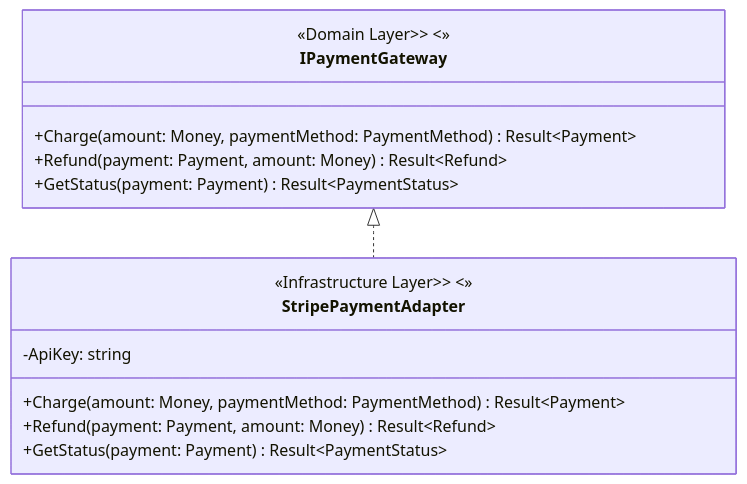
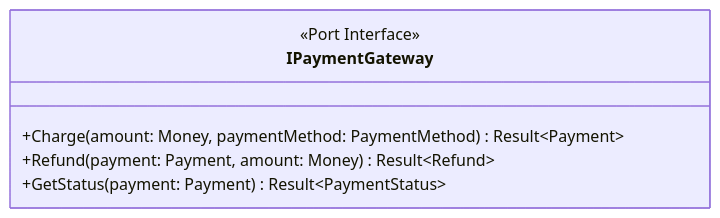
Before and after one commit to kbjorklid/ddd-cc-marketplace: the second of 21 diagrams in plugins/ddd/skills/ddd-domain-design/guides/ports.md, drawn with Mermaid. The commit also changed other lines of this file and 24 other files, not shown here.

````diff
--- a/plugins/ddd/skills/ddd-domain-design/guides/ports.md
+++ b/plugins/ddd/skills/ddd-domain-design/guides/ports.md
@@ -118,19 +90,11 @@
 ```mermaid
 classDiagram
     class IPaymentGateway {
-        <<Domain Layer>> <<Port Interface>>
+        <<Port Interface>>
         +Charge(amount: Money, paymentMethod: PaymentMethod) Result~Payment~
         +Refund(payment: Payment, amount: Money) Result~Refund~
         +GetStatus(payment: Payment) Result~PaymentStatus~
     }
 
-    class StripePaymentAdapter {
-        <<Infrastructure Layer>> <<Adapter>>
-        -ApiKey: string
-        +Charge(amount: Money, paymentMethod: PaymentMethod) Result~Payment~
-        +Refund(payment: Payment, amount: Money) Result~Refund~
-        +GetStatus(payment: Payment) Result~PaymentStatus~
-    }
 
-    IPaymentGateway <|.. StripePaymentAdapter
 ```
````
